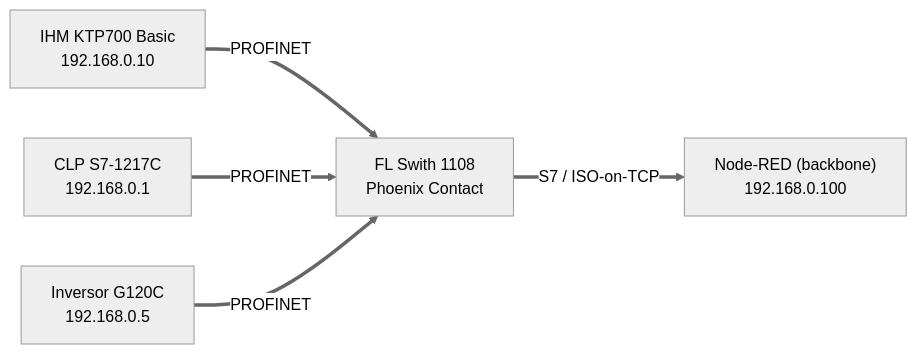
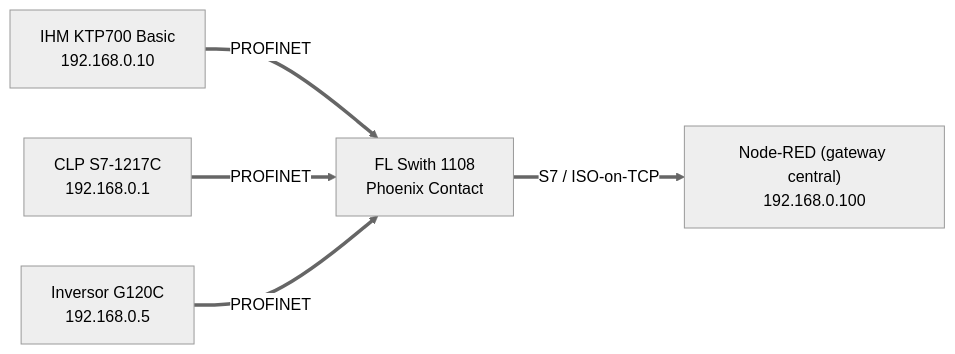
One commit to Scheeffer/Project_Nexus changed the first of 3 diagrams in rede-profinet/README.md. Above: the diagram before and after it, drawn with Mermaid (neutral theme). The commit also changed other lines of this file, not shown here.

````diff
--- a/rede-profinet/README.md
+++ b/rede-profinet/README.md
@@ -55,7 +59,7 @@
 ```mermaid
 flowchart LR
     IHM["IHM KTP700 Basic<br/>192.168.0.10"] == "PROFINET" ==> SW["FL Swith 1108 <br/>Phoenix Contact"]
     PLC["CLP S7-1217C<br/>192.168.0.1"] == "PROFINET" ==> SW
     G120["Inversor G120C<br/>192.168.0.5"] == "PROFINET" ==> SW
-    SW == "S7 / ISO-on-TCP" ==> NR["Node-RED (backbone)<br/>192.168.0.100"]
+    SW == "S7 / ISO-on-TCP" ==> NR["Node-RED (gateway central)<br/>192.168.0.100"]
 ```
````
